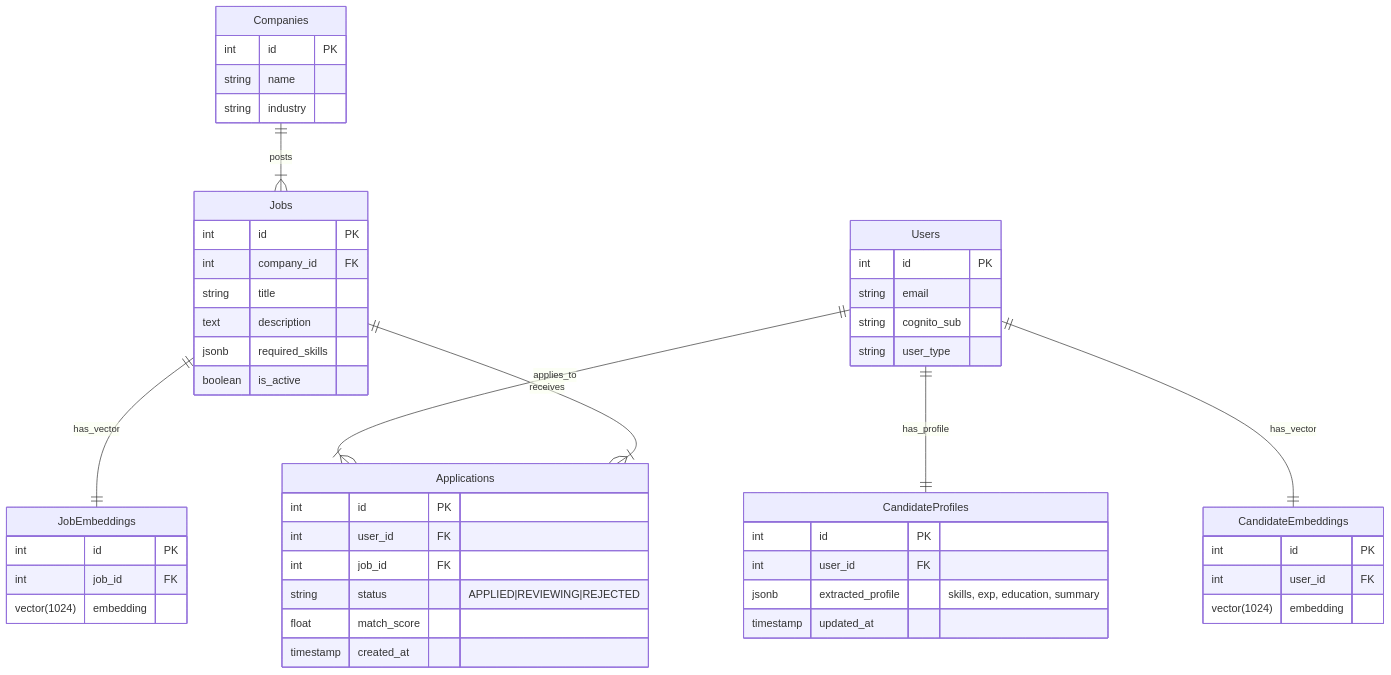
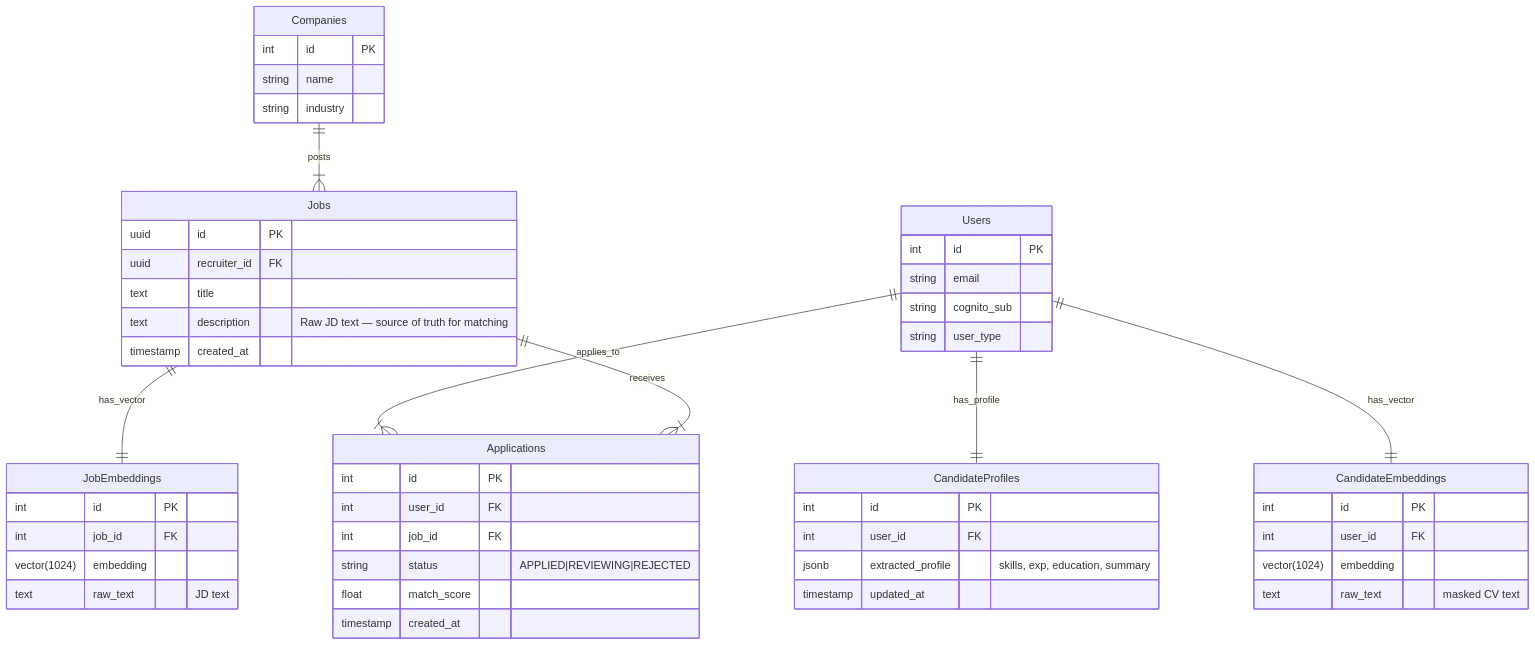
The fifth of 5 diagrams in architecture-smart-matching.md (justeg4n/SmartHire_AI_Core), drawn with Mermaid before and after one commit. The commit also changed other lines of this file and 7 other files, not shown here.

Commit message:
Update architecture notes, diagrams and README; ignore datasets and secrets

````diff
--- a/architecture-smart-matching.md
+++ b/architecture-smart-matching.md
@@ -152,59 +436,60 @@
 ```mermaid
 erDiagram
     Users ||--|| CandidateProfiles : "has_profile"
     Users ||--|| CandidateEmbeddings : "has_vector"
     Companies ||--|{ Jobs : "posts"
     Jobs ||--|| JobEmbeddings : "has_vector"
     Users ||--|{ Applications : "applies_to"
     Jobs ||--|{ Applications : "receives"
 
     Users {
         int id PK
         string email
         string cognito_sub
         string user_type
     }
 
     CandidateProfiles {
         int id PK
         int user_id FK
         jsonb extracted_profile "skills, exp, education, summary"
         timestamp updated_at
     }
 
     CandidateEmbeddings {
         int id PK
         int user_id FK
         vector(1024) embedding
+        text raw_text "masked CV text"
     }
 
     Companies {
         int id PK
         string name
         string industry
     }
 
     Jobs {
-        int id PK
-        int company_id FK
-        string title
-        text description
-        jsonb required_skills
-        boolean is_active
+        uuid id PK
+        uuid recruiter_id FK
+        text title
+        text description "Raw JD text — source of truth for matching"
+        timestamp created_at
     }
 
     JobEmbeddings {
         int id PK
         int job_id FK
         vector(1024) embedding
+        text raw_text "JD text"
     }
 
     Applications {
         int id PK
         int user_id FK
         int job_id FK
         string status "APPLIED|REVIEWING|REJECTED"
         float match_score
         timestamp created_at
     }
 ```
````
